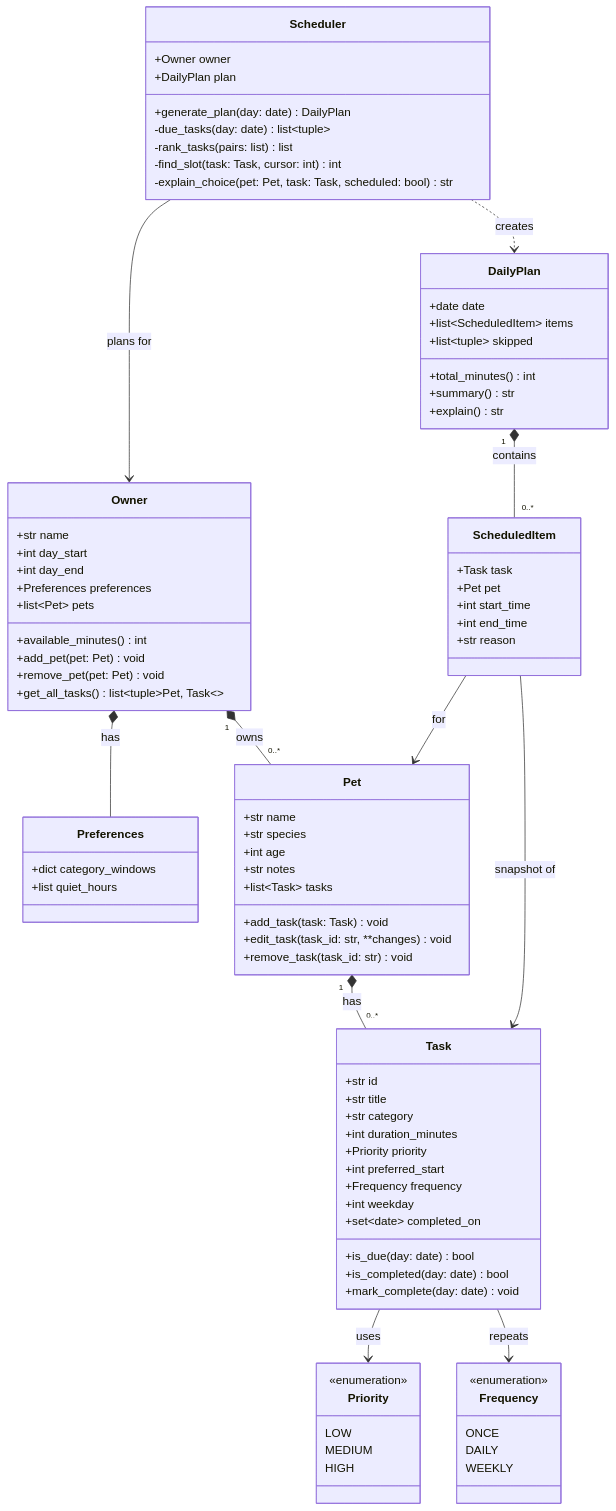
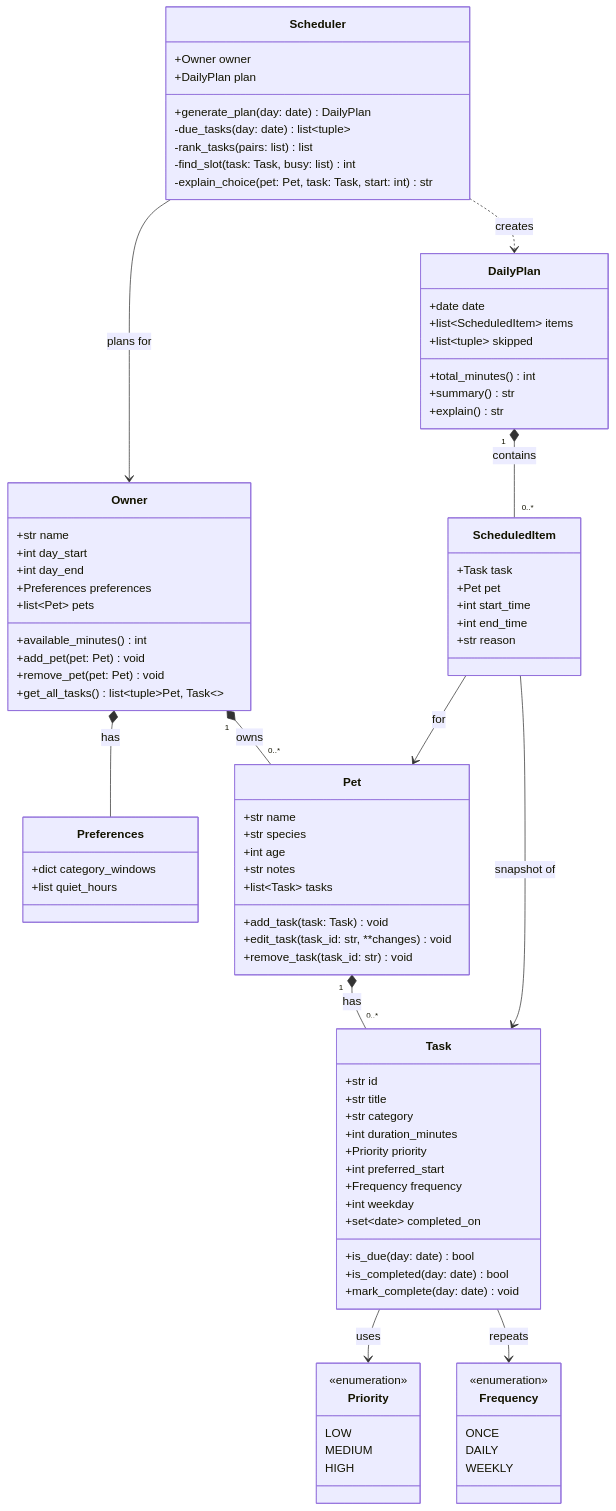
The diagram in uml_diagram.md (MooOfDoom/ai110-module2show-pawpal), drawn with Mermaid before and after one commit. The commit also changed 5 other files, not shown here.

```diff
--- a/uml_diagram.md
+++ b/uml_diagram.md
@@ -67,8 +67,8 @@
         +generate_plan(day: date) DailyPlan
         -due_tasks(day: date) list~tuple~
         -rank_tasks(pairs: list) list
-        -find_slot(task: Task, cursor: int) int
-        -explain_choice(pet: Pet, task: Task, scheduled: bool) str
+        -find_slot(task: Task, busy: list) int
+        -explain_choice(pet: Pet, task: Task, start: int) str
     }
 
     class ScheduledItem {
```
